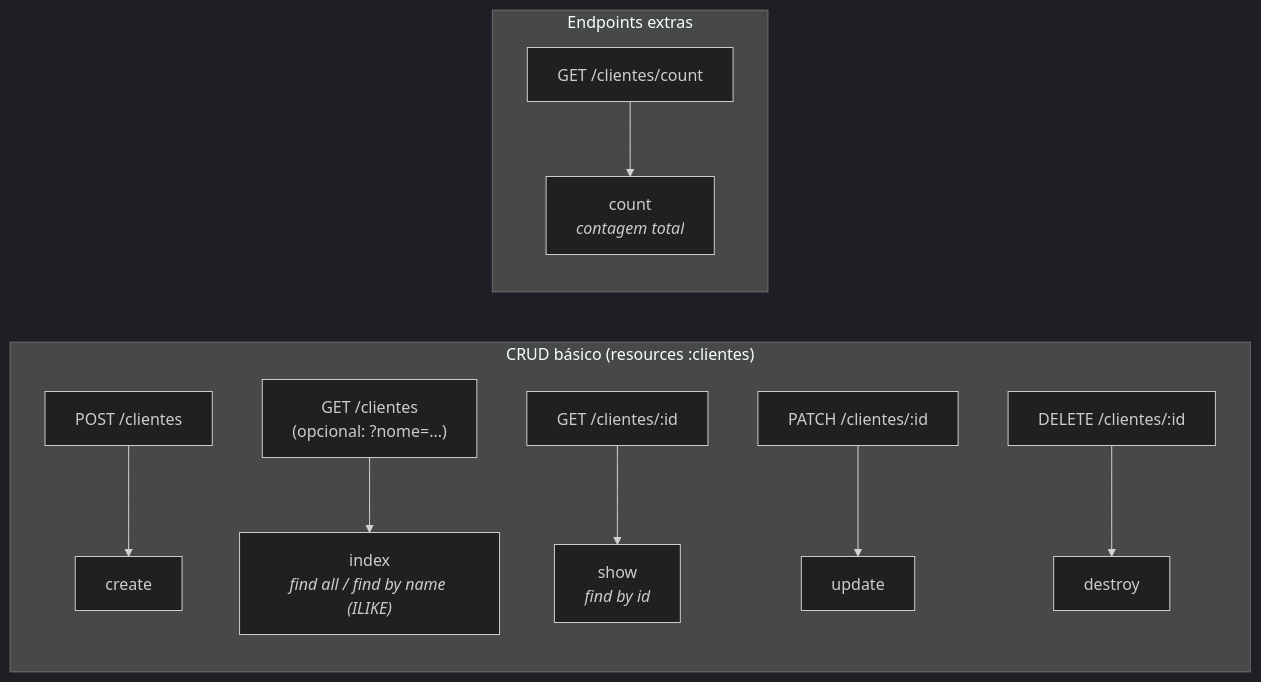
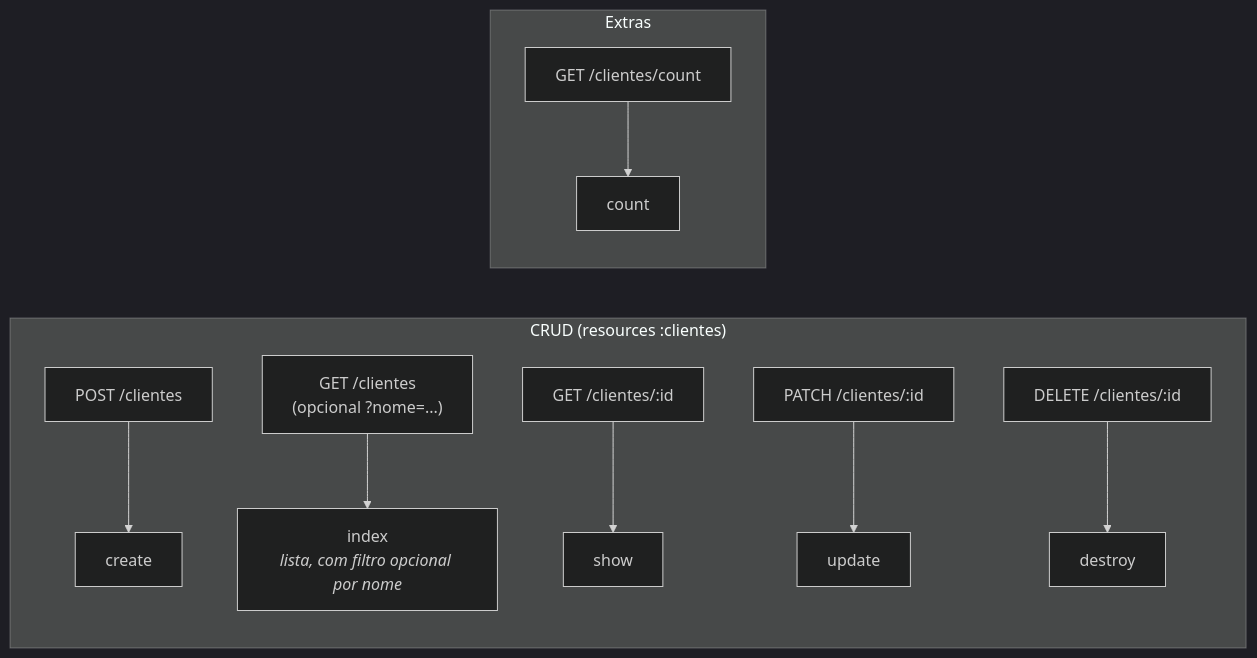
One commit to ThiagoAlves15/DESF5-2026-3A-ThiagoAlves changed the third of 4 diagrams in diagrama.md. Above: the diagram before and after it, drawn with Mermaid (dark theme). The commit also changed other lines of this file and 2 other files, not shown here.

````diff
--- a/diagrama.md
+++ b/diagrama.md
@@ -60,13 +47,13 @@
 ```mermaid
 graph LR
-    subgraph CRUD["CRUD básico (resources :clientes)"]
+    subgraph CRUD["CRUD (resources :clientes)"]
         e1["POST /clientes"] --> a1["create"]
-        e2["GET /clientes<br/>(opcional: ?nome=...)"] --> a2["index<br/><i>find all / find by name (ILIKE)</i>"]
-        e3["GET /clientes/:id"] --> a3["show<br/><i>find by id</i>"]
+        e2["GET /clientes<br/>(opcional ?nome=...)"] --> a2["index<br/><i>lista, com filtro opcional por nome</i>"]
+        e3["GET /clientes/:id"] --> a3["show"]
         e4["PATCH /clientes/:id"] --> a4["update"]
         e5["DELETE /clientes/:id"] --> a5["destroy"]
     end
-    subgraph Extras["Endpoints extras"]
-        e6["GET /clientes/count"] --> a6["count<br/><i>contagem total</i>"]
+    subgraph Extras["Extras"]
+        e6["GET /clientes/count"] --> a6["count"]
     end
 ```
````
